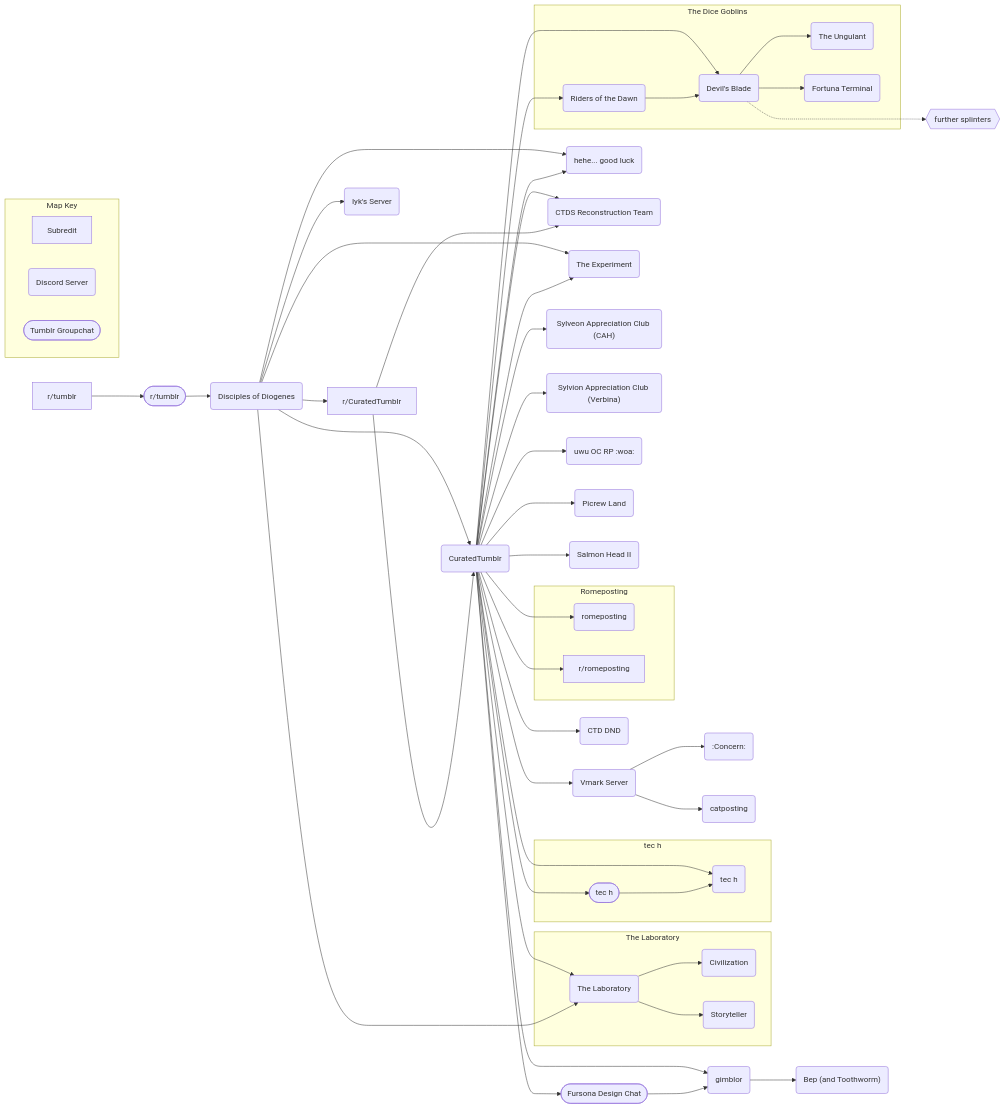
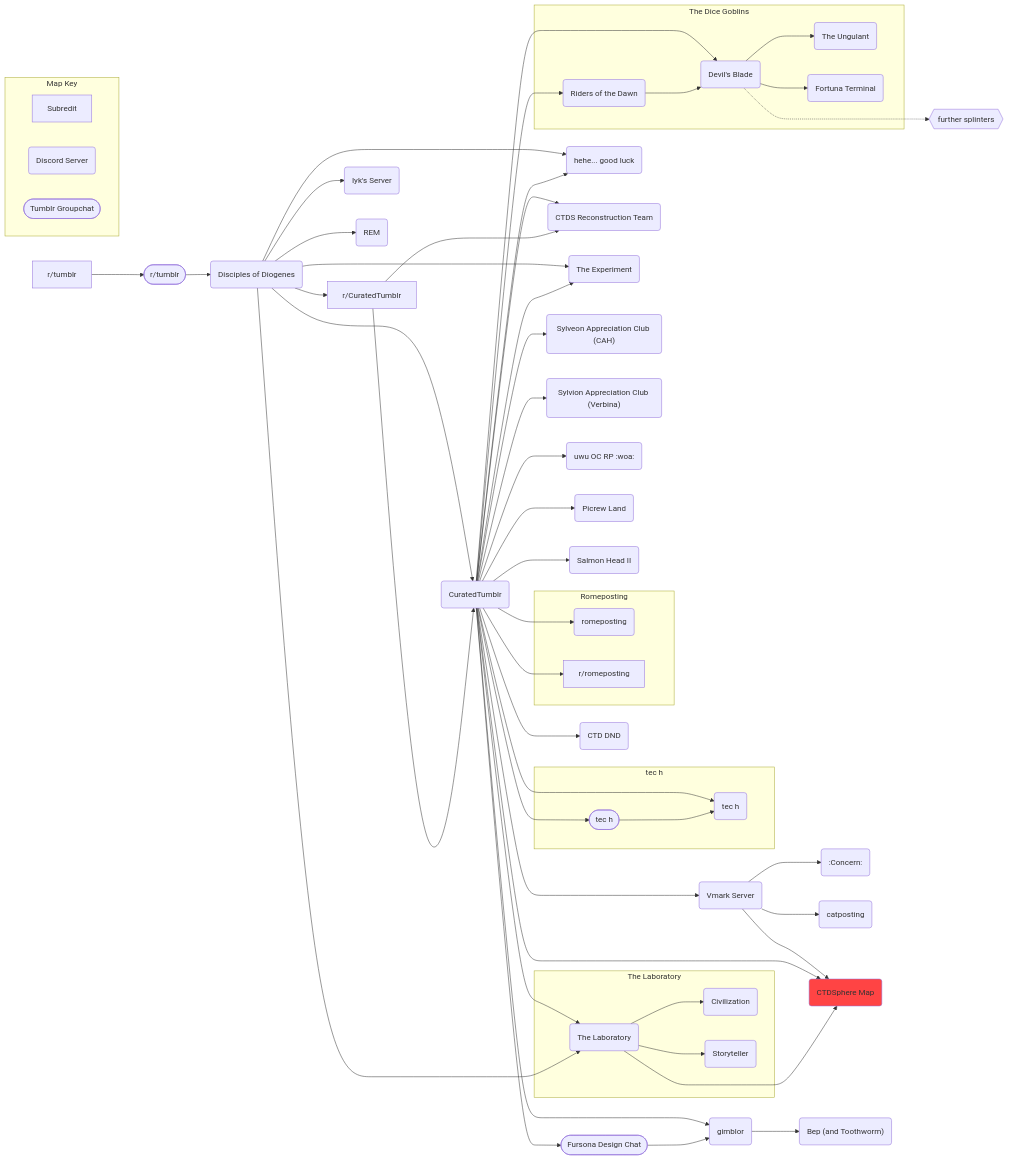
The diagram in Map.md (AnGenericAccount/CTDSphere-Map), drawn with Mermaid before and after one commit.

````diff
--- a/Map.md
+++ b/Map.md
@@ -1,59 +1,64 @@
 ```mermaid
 flowchart LR
     tumblr[r/tumblr] --> groupchat([r/tumblr])
     groupchat --> DoD(Disciples of Diogenes)
     DoD --> subreddit[r/CuratedTumblr]
     DoD --> CTDS(CuratedTumblr)
     subreddit --> CTDS
     DoD --> Iyk(Iyk's Server)
+    DoD --> REM(REM)
     DoD --> luck(hehe... good luck)
     CTDS --> luck
     CTDS --> reconstruction(CTDS Reconstruction Team)
     subreddit --> reconstruction
     CTDS --> lab(The Laboratory)
     DoD --> lab
     subgraph Laboratory [The Laboratory]
         lab --> Civilization(Civilization)
         lab --> Storyteller(Storyteller)
     end
     DoD --> Experiment(The Experiment)
     CTDS --> Experiment
     CTDS --> CAH("Sylveon Appreciation Club (CAH)")
     CTDS --> Verbina("Sylvion Appreciation Club (Verbina)")
     CTDS --> tech(tec h)
     CTDS --> techchat([tec h])
     subgraph tec[tec h]
         techchat --> tech
     end
     CTDS --> RP(uwu OC RP :woa:)
     CTDS --> picrew(Picrew Land)
     CTDS --> salmon(Salmon Head II)
     CTDS --> Vmark(Vmark Server)
     Vmark --> concern(:Concern:)
     Vmark --> catposting(catposting)
+    Vmark --> sphere("CTDSphere Map")
+    style sphere fill:#f44
+    CTDS --> sphere
+    lab ---> sphere
     CTDS --> gimblor(gimblor)
     CTDS --> fursona([Fursona Design Chat])
     fursona --> gimblor
     gimblor --> bep("Bep (and Toothworm)")
     subgraph Romeposting
         rome(romeposting)
         romesub[r/romeposting]
     end
     CTDS --> rome
     CTDS --> romesub
     CTDS --> DND(CTD DND)
     CTDS --> dawn(Riders of the Dawn)
     CTDS --> blade(Devil's Blade)
     subgraph riders[The Dice Goblins]
         dawn --> blade
         blade --> ungulant(The Ungulant)
         blade --> terminal(Fortuna Terminal)   
     end
     blade -..-> further{{further splinters}}
     subgraph Key [Map Key]
         direction LR
         sub[Subredit]
         discord(Discord Server)
         chat([Tumblr Groupchat])
     end
 ```
````
